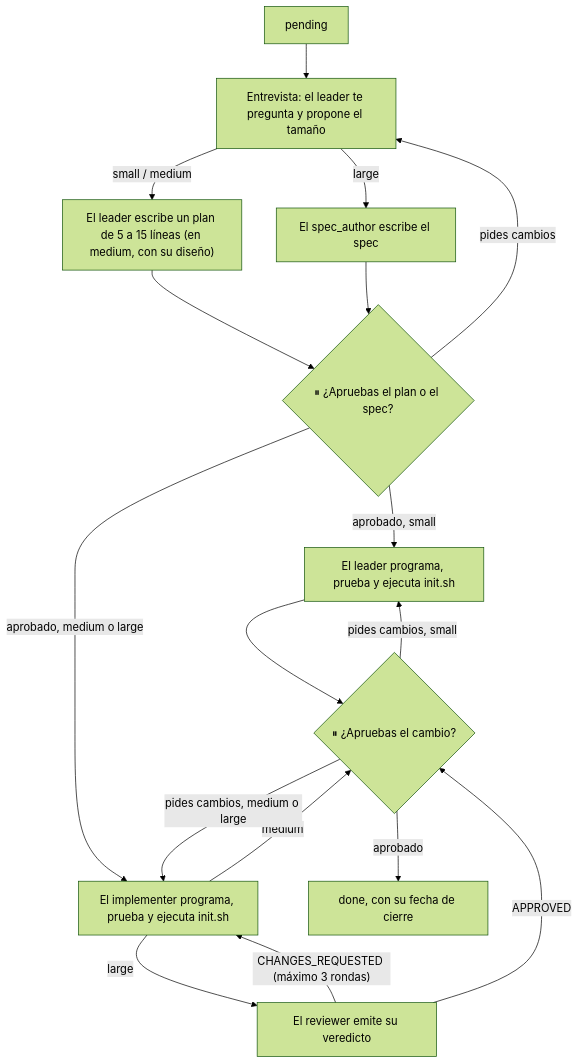
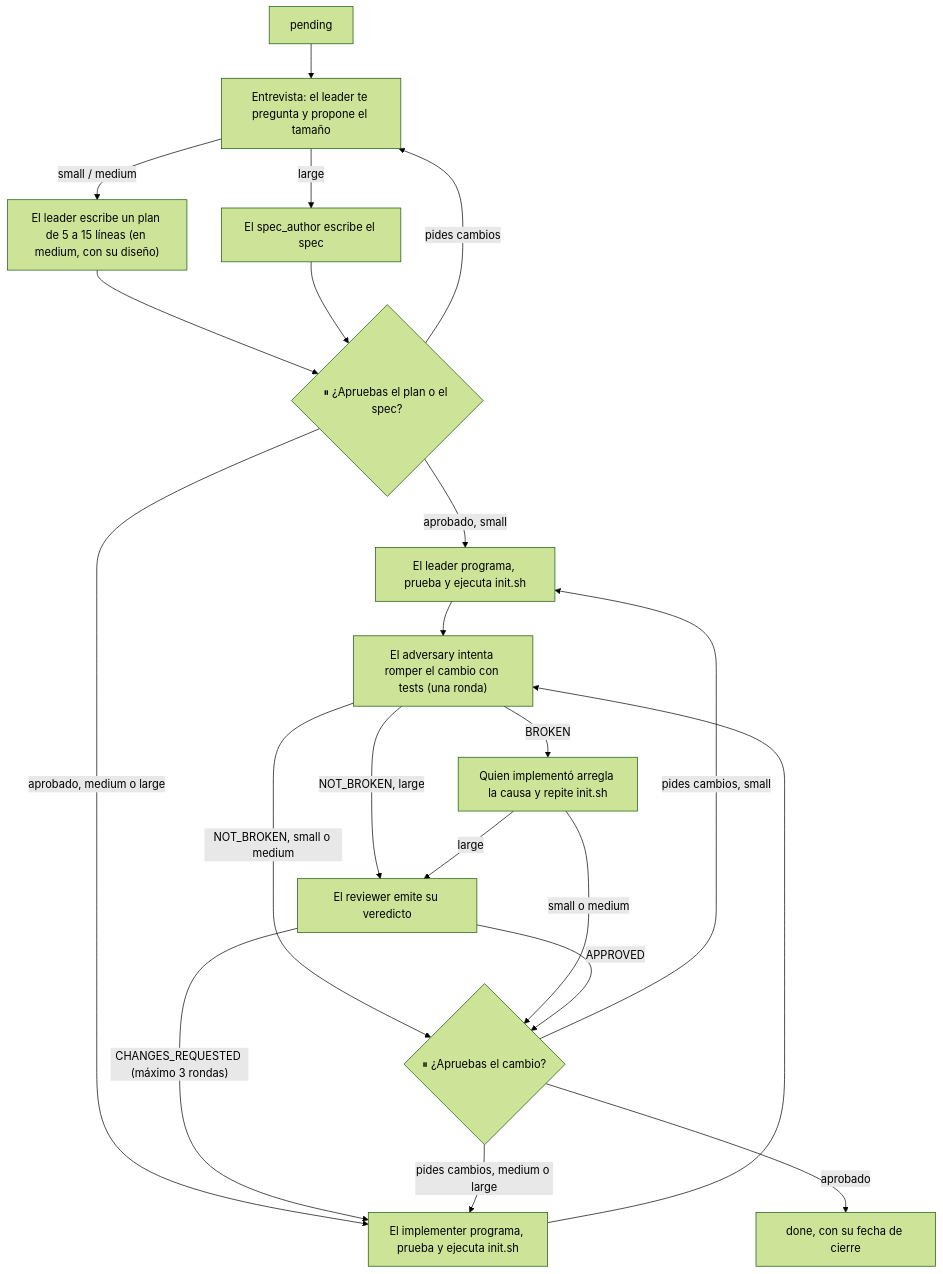
Before and after one commit to erx-e/memory-harness: the diagram in README.md, drawn with Mermaid (forest theme). The commit also changed other lines of this file and 18 other files, not shown here.

````diff
--- a/README.md
+++ b/README.md
@@ -298,19 +316,23 @@
 ```mermaid
 flowchart TD
     P["pending"] --> E["Entrevista: el leader te pregunta y propone el tamaño"]
     E -->|"small / medium"| PL["El leader escribe un plan de 5 a 15 líneas (en medium, con su diseño)"]
     E -->|"large"| S["El spec_author escribe el spec"]
     PL --> G1{"⏸ ¿Apruebas el plan o el spec?"}
     S --> G1
     G1 -->|"pides cambios"| E
     G1 -->|"aprobado, small"| L["El leader programa, prueba y ejecuta init.sh"]
     G1 -->|"aprobado, medium o large"| I["El implementer programa, prueba y ejecuta init.sh"]
-    I -->|"large"| V["El reviewer emite su veredicto"]
+    L --> A["El adversary intenta romper el cambio con tests (una ronda)"]
+    I --> A
+    A -->|"BROKEN"| F["Quien implementó arregla la causa y repite init.sh"]
+    A -->|"NOT_BROKEN, small o medium"| G2{"⏸ ¿Apruebas el cambio?"}
+    A -->|"NOT_BROKEN, large"| V["El reviewer emite su veredicto"]
+    F -->|"small o medium"| G2
+    F -->|"large"| V
     V -->|"CHANGES_REQUESTED (máximo 3 rondas)"| I
-    V -->|"APPROVED"| G2{"⏸ ¿Apruebas el cambio?"}
-    I -->|"medium"| G2
-    L --> G2
+    V -->|"APPROVED"| G2
     G2 -->|"pides cambios, small"| L
     G2 -->|"pides cambios, medium o large"| I
     G2 -->|"aprobado"| D["done, con su fecha de cierre"]
 ```
````
